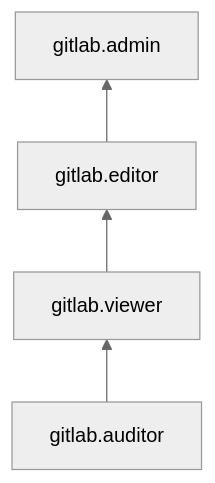
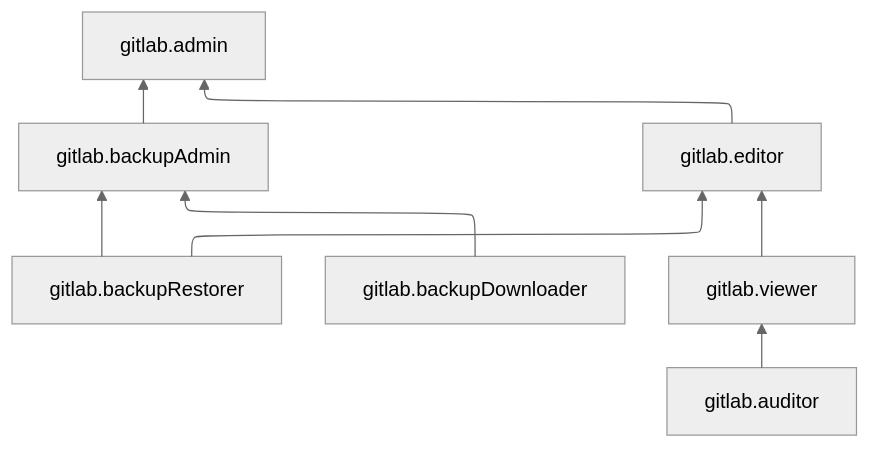
Before and after one commit to yandex-cloud/docs: the diagram in ru/_mermaid/roles/gitlab.md, drawn with Mermaid (neutral theme). The commit also changed 707 other files, not shown here.

````diff
--- a/ru/_mermaid/roles/gitlab.md
+++ b/ru/_mermaid/roles/gitlab.md
@@ -1,6 +1,9 @@
 ```mermaid
+%%{init: {"flowchart": {'defaultRenderer': 'elk'}} }%%
+
 flowchart BT
-    gitlab.auditor --> gitlab.viewer
-    gitlab.viewer --> gitlab.editor
-    gitlab.editor --> gitlab.admin
+    gitlab.backupRestorer["gitlab.backupRestorer"] --> gitlab.backupAdmin["gitlab.backupAdmin"] --> gitlab.admin
+    gitlab.backupDownloader["gitlab.backupDownloader"] --> gitlab.backupAdmin
+    gitlab.backupRestorer --> gitlab.editor["gitlab.editor"] --> gitlab.admin["gitlab.admin"]
+    gitlab.auditor --> gitlab.viewer --> gitlab.editor
 ```
````
